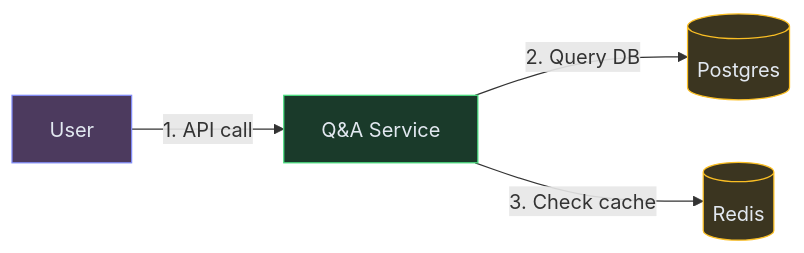
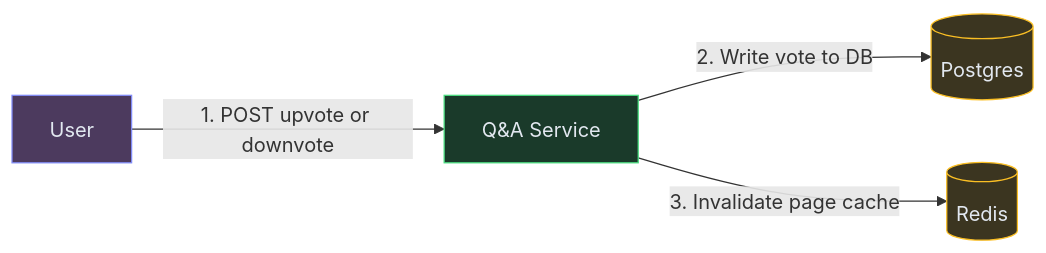
Before and after one commit to iluzn/HLD-Designs: the third of 4 diagrams in content/hld/QAForum.md, drawn with Mermaid. The commit also changed other lines of this file and 27 other files, not shown here.

````diff
--- a/content/hld/QAForum.md
+++ b/content/hld/QAForum.md
@@ -119,15 +119,15 @@
 ```mermaid
 flowchart LR
     USER["User"]:::client
     API["Q&A Service"]:::service
     DB[("Postgres")]:::data
     CACHE[("Redis")]:::data
 
-    USER -->|"1. API call"| API
-    API -->|"2. Query DB"| DB
-    API -->|"3. Check cache"| CACHE
+    USER -->|"1. POST upvote or downvote"| API
+    API -->|"2. Write vote to DB"| DB
+    API -->|"3. Invalidate page cache"| CACHE
 
     classDef client fill:#4c3a5e,stroke:#818cf8,color:#e2e8f0
     classDef service fill:#1a3a2a,stroke:#4ade80,color:#e2e8f0
     classDef data fill:#3b3520,stroke:#fbbf24,color:#e2e8f0
 ```
````
